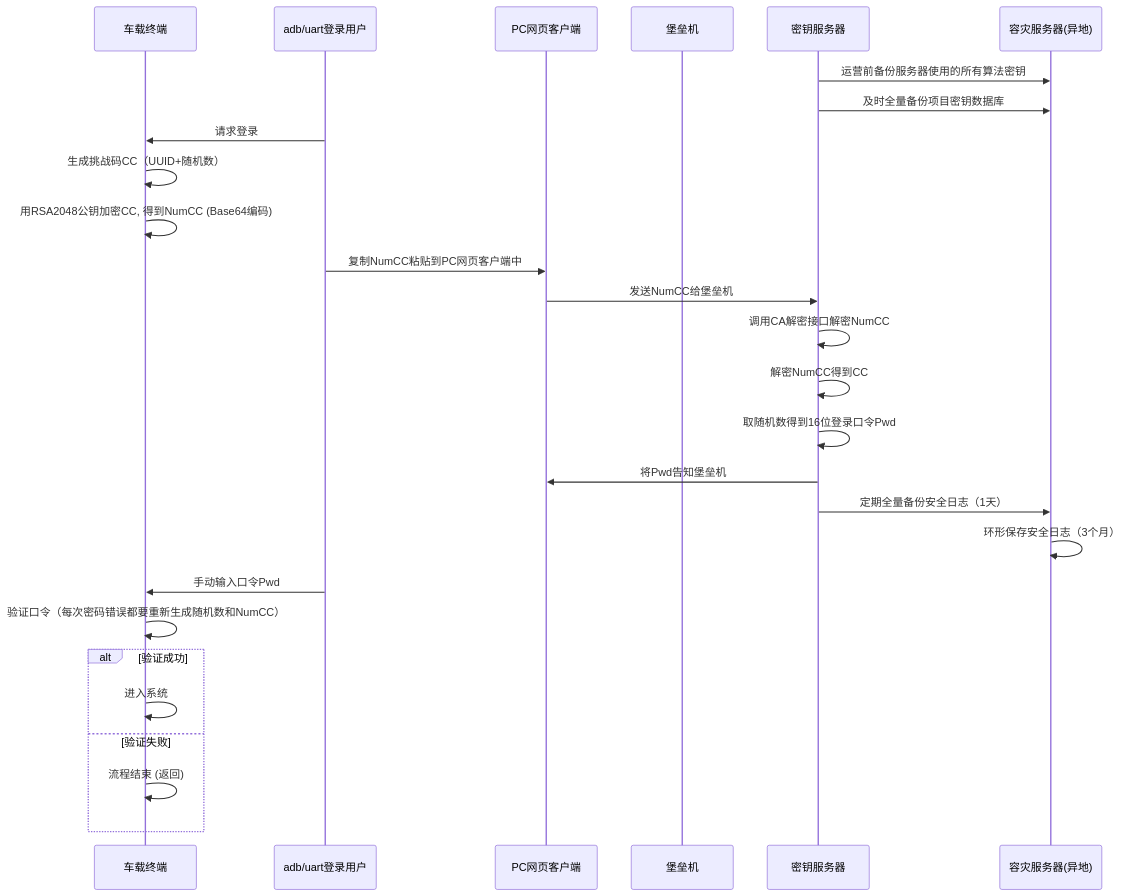
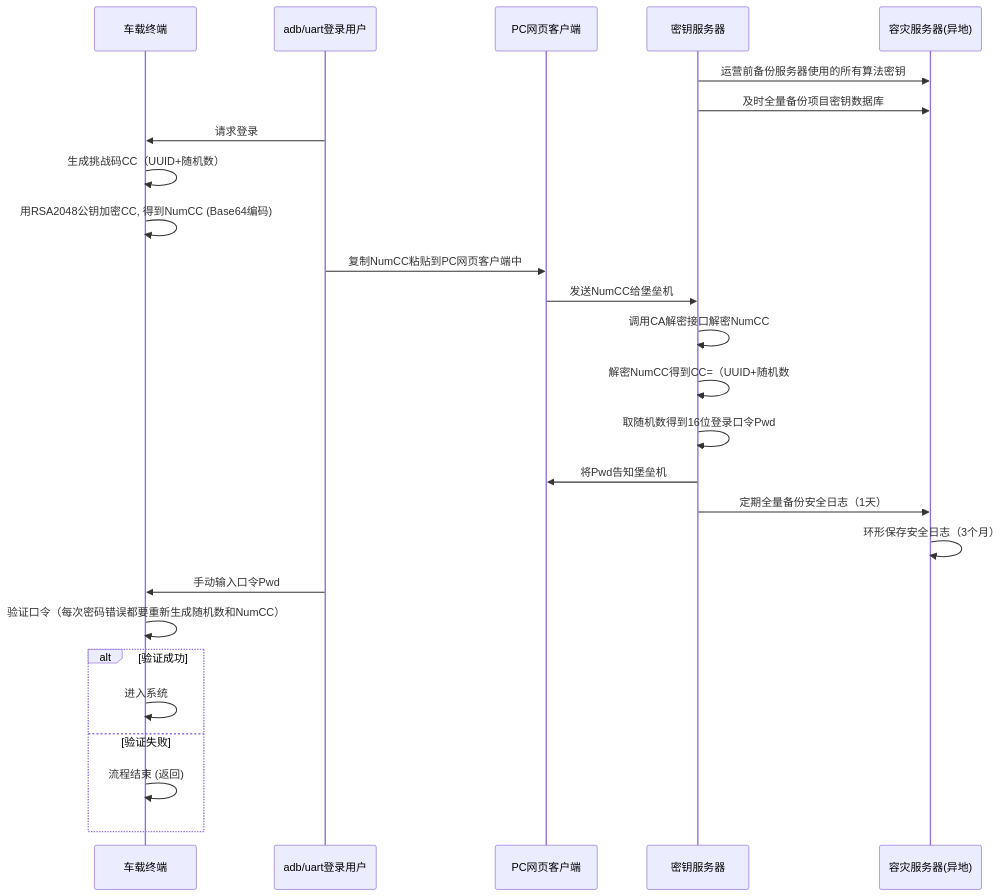
One commit to facebook-cloud/iodraw-files changed the diagram in all/未命名-19.md. Above: the diagram before and after it, drawn with Mermaid.

Commit message:
2026-03-17 10:25:39 update

````diff
--- a/all/未命名-19.md
+++ b/all/未命名-19.md
@@ -1,34 +1,33 @@
 ```mermaid
 sequenceDiagram
     participant tbox as 车载终端
     participant user as adb/uart登录用户
     participant pc as PC网页客户端
-    participant bastion as 堡垒机
     participant tech_center as 密钥服务器
     participant backup as 容灾服务器(异地)
   
     tech_center->>backup: 运营前备份服务器使用的所有算法密钥
     tech_center->>backup: 及时全量备份项目密钥数据库
 
     user->>tbox: 请求登录
     tbox->>tbox: 生成挑战码CC（UUID+随机数）
     tbox->>tbox: 用RSA2048公钥加密CC, 得到NumCC (Base64编码)
     user->>pc: 复制NumCC粘贴到PC网页客户端中
     pc->>tech_center: 发送NumCC给堡垒机
     tech_center->>tech_center: 调用CA解密接口解密NumCC
-    tech_center->>tech_center: 解密NumCC得到CC
+    tech_center->>tech_center: 解密NumCC得到CC=（UUID+随机数
     tech_center->>tech_center: 取随机数得到16位登录口令Pwd
     tech_center->>pc: 将Pwd告知堡垒机
 
     tech_center->>backup: 定期全量备份安全日志（1天）
     backup->>backup: 环形保存安全日志（3个月）
     user->>tbox: 手动输入口令Pwd
     tbox->>tbox: 验证口令（每次密码错误都要重新生成随机数和NumCC）
     alt 验证成功
         tbox->>tbox: 进入系统
     else 验证失败
         tbox->>tbox: 流程结束 (返回)
     end
 
 
 ```
````
